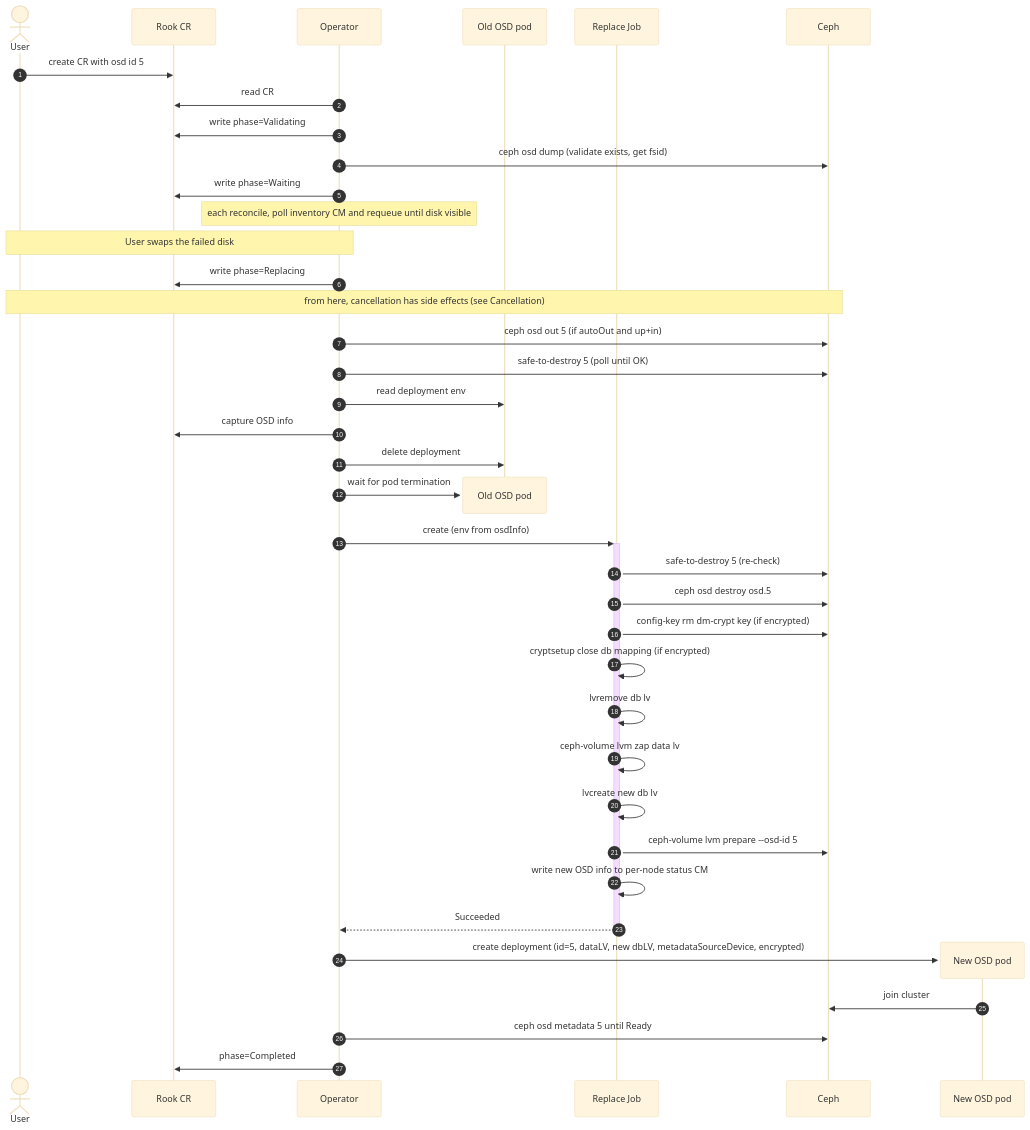
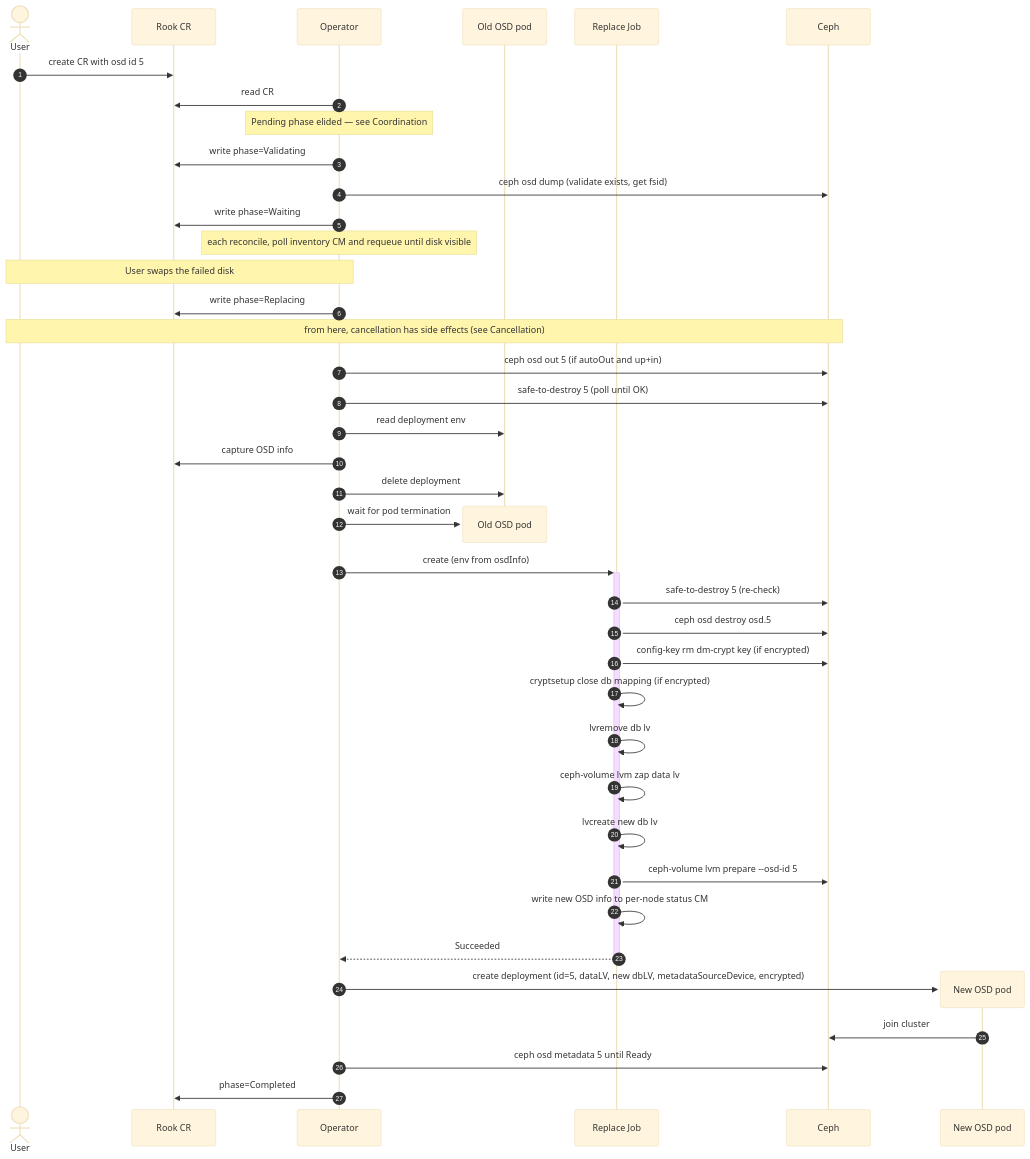
The diagram in design/ceph/osd-replacement.md (rook/rook), drawn with Mermaid (base theme) before and after one commit. The commit also changed other lines of this file, not shown here.

````diff
--- a/design/ceph/osd-replacement.md
+++ b/design/ceph/osd-replacement.md
@@ -67,43 +68,44 @@
 ```mermaid
 sequenceDiagram
     autonumber
     actor User
     participant CR as Rook CR
     participant Op as Operator
     participant OldPod as Old OSD pod
     participant RJ as Replace Job
     participant Ceph as Ceph
 
     User->>CR: create CR with osd id 5
     Op->>CR: read CR
+    Note over Op: Pending phase elided — see Coordination
     Op->>CR: write phase=Validating
     Op->>Ceph: ceph osd dump (validate exists, get fsid)
     Op->>CR: write phase=Waiting
     Note over Op: each reconcile, poll inventory CM and requeue until disk visible
     Note over User,Op: User swaps the failed disk
     Op->>CR: write phase=Replacing
     Note over User,Ceph: from here, cancellation has side effects (see Cancellation)
     Op->>Ceph: ceph osd out 5 (if autoOut and up+in)
     Op->>Ceph: safe-to-destroy 5 (poll until OK)
     Op->>OldPod: read deployment env
     Op->>CR: capture OSD info
     Op->>OldPod: delete deployment
     destroy OldPod
     Op->>OldPod: wait for pod termination
     Op->>+RJ: create (env from osdInfo)
     RJ->>Ceph: safe-to-destroy 5 (re-check)
     RJ->>Ceph: ceph osd destroy osd.5
     RJ->>Ceph: config-key rm dm-crypt key (if encrypted)
     RJ->>RJ: cryptsetup close db mapping (if encrypted)
     RJ->>RJ: lvremove db lv
     RJ->>RJ: ceph-volume lvm zap data lv
     RJ->>RJ: lvcreate new db lv
     RJ->>Ceph: ceph-volume lvm prepare --osd-id 5
     RJ->>RJ: write new OSD info to per-node status CM
     RJ-->>-Op: Succeeded
     create participant NewPod as New OSD pod
     Op->>NewPod: create deployment (id=5, dataLV, new dbLV, metadataSourceDevice, encrypted)
     NewPod->>Ceph: join cluster
     Op->>Ceph: ceph osd metadata 5 until Ready
     Op->>CR: phase=Completed
 ```
````
